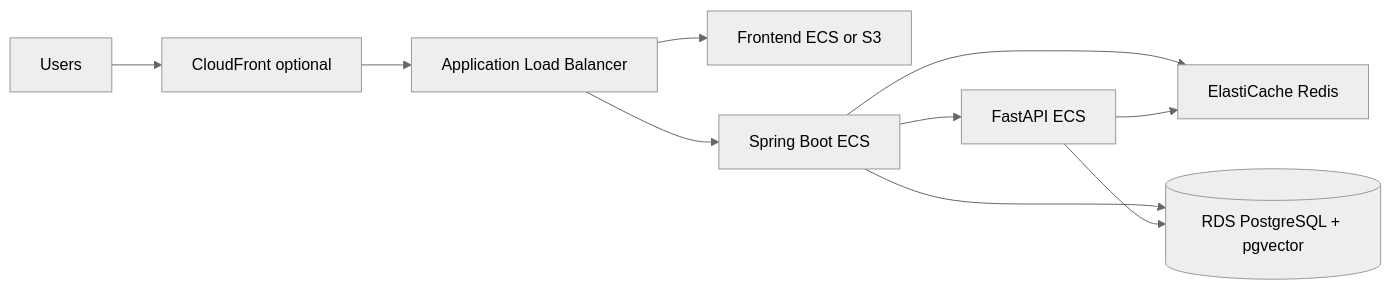
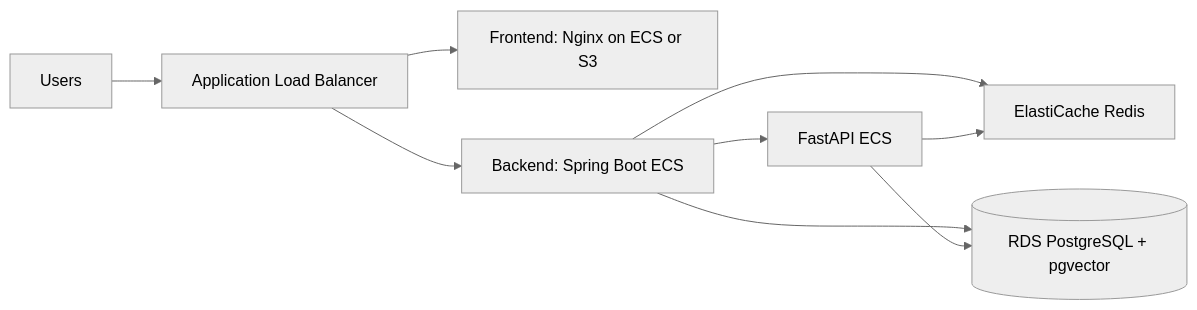
The diagram in API-KEYS-AND-DEPLOYMENT.md (himanshusalve16/TruthStream-Multi-Agent-Fact-Checking-Pipeline), drawn with Mermaid (neutral theme) before and after one commit. The commit also changed other lines of this file and 5 other files, not shown here.

````diff
--- a/API-KEYS-AND-DEPLOYMENT.md
+++ b/API-KEYS-AND-DEPLOYMENT.md
@@ -178,12 +100,11 @@
 ```mermaid
 flowchart LR
-  Users[Users] --> CF[CloudFront optional]
-  CF --> ALB[Application Load Balancer]
-  ALB --> FE[Frontend ECS or S3]
-  ALB --> BE[Spring Boot ECS]
+  Users[Users] --> ALB[Application Load Balancer]
+  ALB --> FE[Frontend: Nginx on ECS or S3]
+  ALB --> BE[Backend: Spring Boot ECS]
   BE --> AI[FastAPI ECS]
   BE --> Redis[ElastiCache Redis]
   AI --> Redis
   BE --> RDS[(RDS PostgreSQL + pgvector)]
   AI --> RDS
 ```
````
